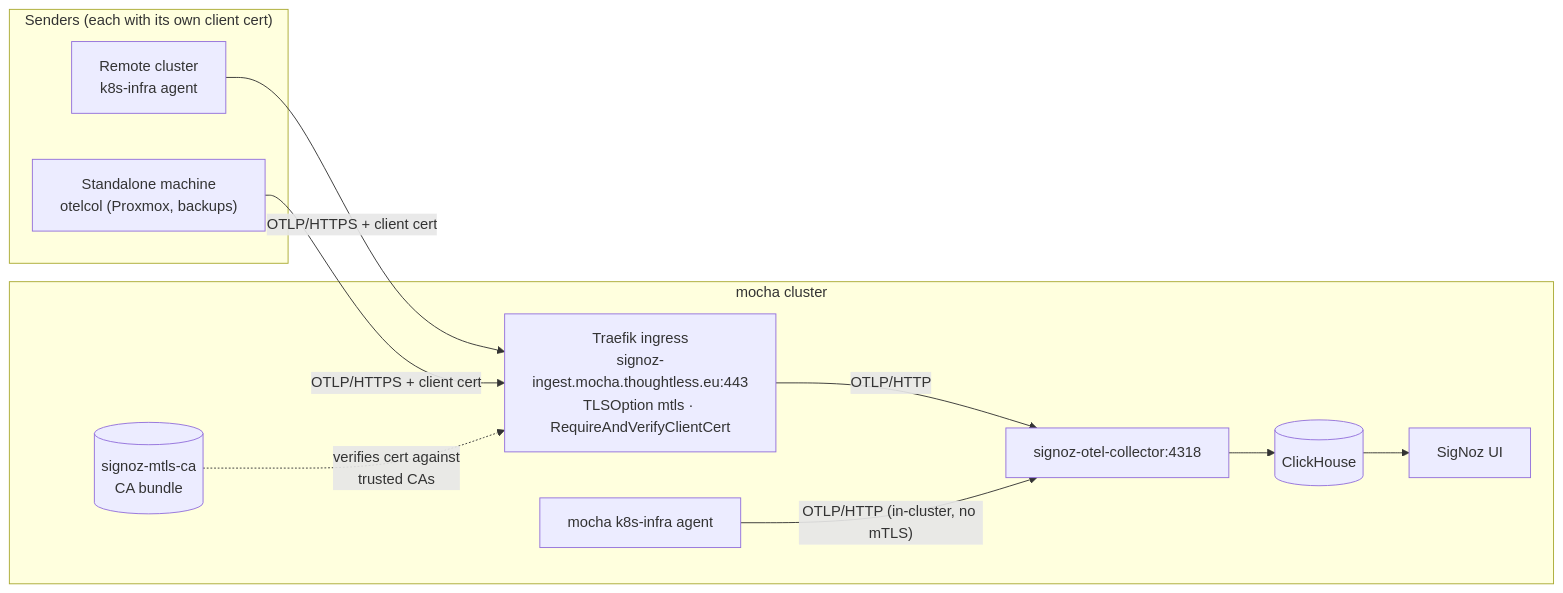
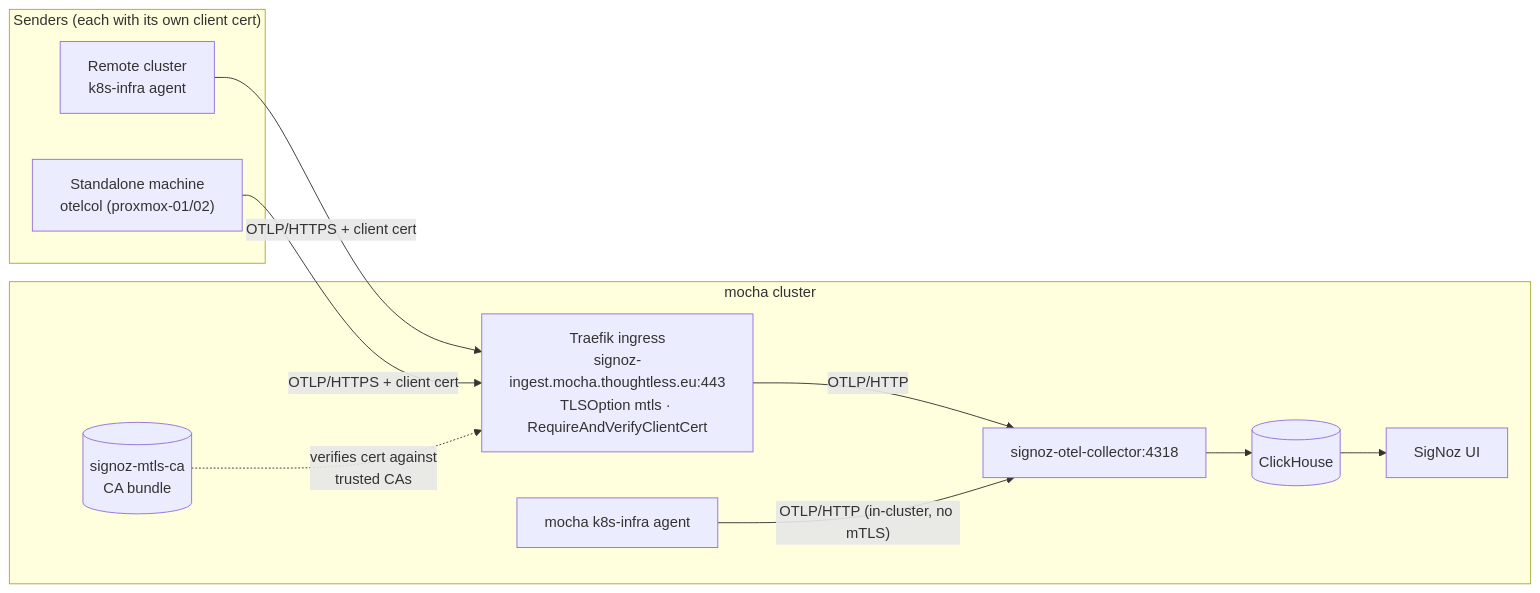
Before and after one commit to qjoly/GitOps: the diagram in docs/signoz.md, drawn with Mermaid. The commit also changed other lines of this file, not shown here.

````diff
--- a/docs/signoz.md
+++ b/docs/signoz.md
@@ -82,23 +96,23 @@
 ```mermaid
 flowchart LR
     subgraph senders["Senders (each with its own client cert)"]
         remote["Remote cluster<br/>k8s-infra agent"]
-        machine["Standalone machine<br/>otelcol (Proxmox, backups)"]
+        machine["Standalone machine<br/>otelcol (proxmox-01/02)"]
     end
 
     subgraph mocha["mocha cluster"]
         traefik["Traefik ingress<br/>signoz-ingest.mocha.thoughtless.eu:443<br/>TLSOption mtls · RequireAndVerifyClientCert"]
         ca[("signoz-mtls-ca<br/>CA bundle")]
         collector["signoz-otel-collector:4318"]
         local["mocha k8s-infra agent"]
         ch[("ClickHouse")]
         ui["SigNoz UI"]
     end
 
     remote -->|"OTLP/HTTPS + client cert"| traefik
     machine -->|"OTLP/HTTPS + client cert"| traefik
     ca -.->|"verifies cert against<br/>trusted CAs"| traefik
     traefik -->|"OTLP/HTTP"| collector
     local -->|"OTLP/HTTP (in-cluster, no mTLS)"| collector
     collector --> ch --> ui
 ```
````
